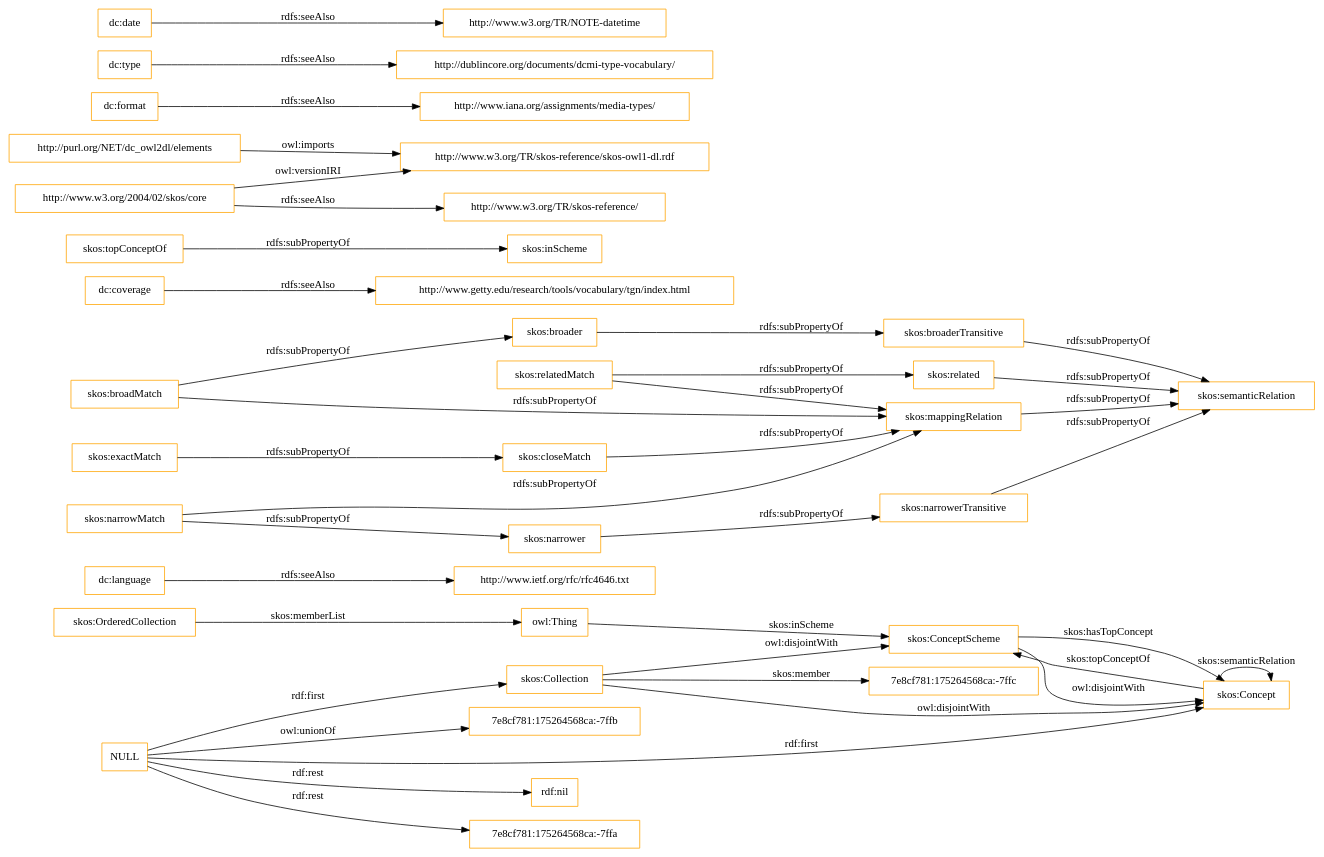
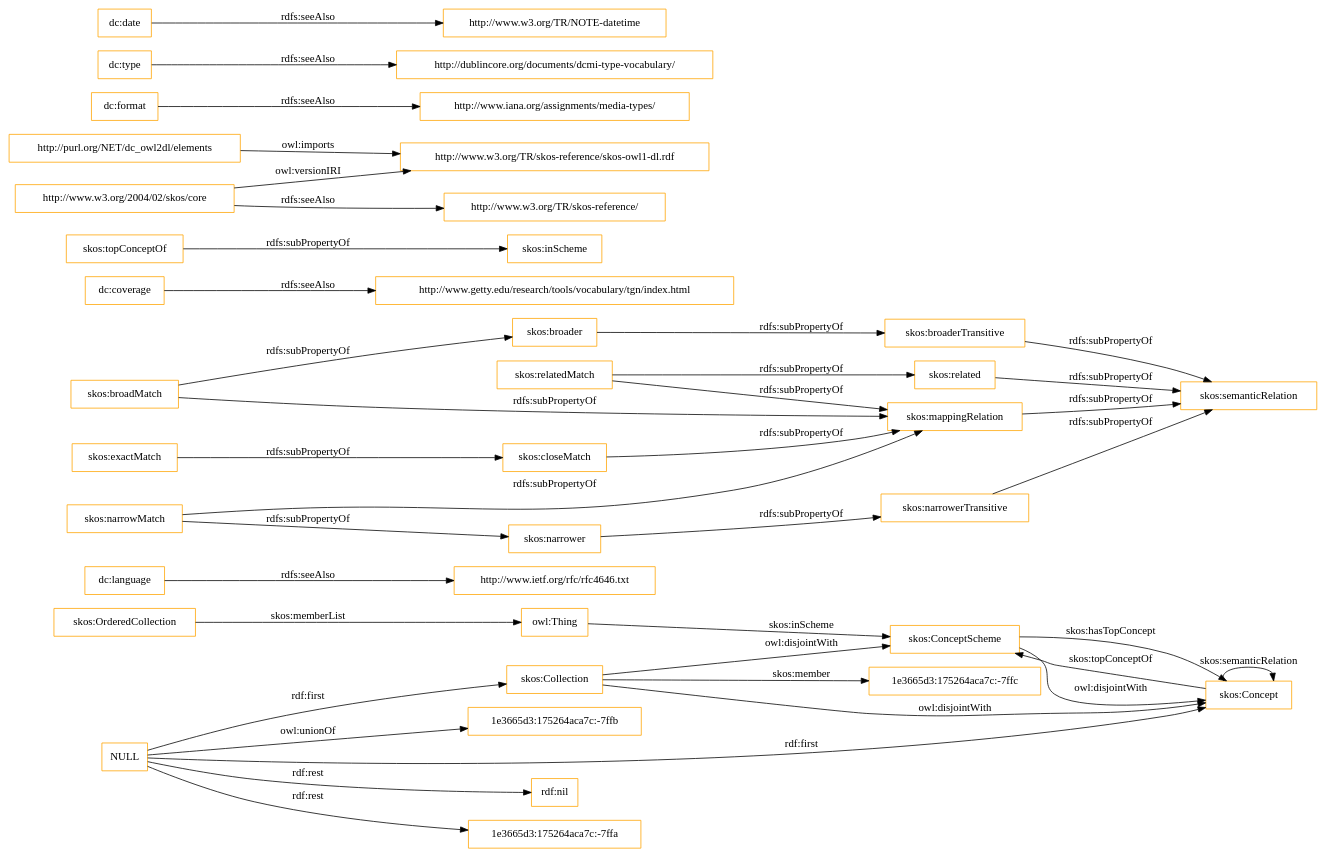
One commit to OnToologyUser/core-ontology-1 changed the diagram in OnToology/imports/elements.owl/diagrams/ar2dtool-class/elements.owl.png.dot. Above: the diagram before and after it, drawn with Graphviz. The commit also changed 14 other files, not shown here.

```diff
--- a/OnToology/imports/elements.owl/diagrams/ar2dtool-class/elements.owl.png.dot
+++ b/OnToology/imports/elements.owl/diagrams/ar2dtool-class/elements.owl.png.dot
@@ -1,43 +1,43 @@
 digraph ar2dtool_diagram { 
 rankdir=LR;
 size="1501"
-node [shape = rectangle, color="orange"]; "7e8cf781:175264568ca:-7ffc" "skos:OrderedCollection" "skos:Collection" "skos:ConceptScheme" "skos:Concept" ; /*classes style*/
+node [shape = rectangle, color="orange"]; "1e3665d3:175264aca7c:-7ffc" "skos:OrderedCollection" "skos:Collection" "skos:ConceptScheme" "skos:Concept" ; /*classes style*/
 	"dc:language" -> "http://www.ietf.org/rfc/rfc4646.txt" [ label = "rdfs:seeAlso" ];
 	"NULL" -> "rdf:nil" [ label = "rdf:rest" ];
 	"NULL" -> "skos:Collection" [ label = "rdf:first" ];
-	"NULL" -> "7e8cf781:175264568ca:-7ffa" [ label = "rdf:rest" ];
+	"NULL" -> "1e3665d3:175264aca7c:-7ffa" [ label = "rdf:rest" ];
 	"NULL" -> "skos:Concept" [ label = "rdf:first" ];
-	"NULL" -> "7e8cf781:175264568ca:-7ffb" [ label = "owl:unionOf" ];
+	"NULL" -> "1e3665d3:175264aca7c:-7ffb" [ label = "owl:unionOf" ];
 	"skos:closeMatch" -> "skos:mappingRelation" [ label = "rdfs:subPropertyOf" ];
 	"dc:coverage" -> "http://www.getty.edu/research/tools/vocabulary/tgn/index.html" [ label = "rdfs:seeAlso" ];
 	"skos:relatedMatch" -> "skos:related" [ label = "rdfs:subPropertyOf" ];
 	"skos:relatedMatch" -> "skos:mappingRelation" [ label = "rdfs:subPropertyOf" ];
 	"skos:ConceptScheme" -> "skos:Concept" [ label = "owl:disjointWith" ];
 	"skos:related" -> "skos:semanticRelation" [ label = "rdfs:subPropertyOf" ];
 	"skos:topConceptOf" -> "skos:inScheme" [ label = "rdfs:subPropertyOf" ];
 	"skos:broadMatch" -> "skos:broader" [ label = "rdfs:subPropertyOf" ];
 	"skos:broadMatch" -> "skos:mappingRelation" [ label = "rdfs:subPropertyOf" ];
 	"http://purl.org/NET/dc_owl2dl/elements" -> "http://www.w3.org/TR/skos-reference/skos-owl1-dl.rdf" [ label = "owl:imports" ];
 	"skos:exactMatch" -> "skos:closeMatch" [ label = "rdfs:subPropertyOf" ];
 	"dc:format" -> "http://www.iana.org/assignments/media-types/" [ label = "rdfs:seeAlso" ];
 	"skos:broaderTransitive" -> "skos:semanticRelation" [ label = "rdfs:subPropertyOf" ];
 	"dc:type" -> "http://dublincore.org/documents/dcmi-type-vocabulary/" [ label = "rdfs:seeAlso" ];
 	"skos:broader" -> "skos:broaderTransitive" [ label = "rdfs:subPropertyOf" ];
 	"skos:mappingRelation" -> "skos:semanticRelation" [ label = "rdfs:subPropertyOf" ];
 	"http://www.w3.org/2004/02/skos/core" -> "http://www.w3.org/TR/skos-reference/skos-owl1-dl.rdf" [ label = "owl:versionIRI" ];
 	"http://www.w3.org/2004/02/skos/core" -> "http://www.w3.org/TR/skos-reference/" [ label = "rdfs:seeAlso" ];
 	"skos:Collection" -> "skos:ConceptScheme" [ label = "owl:disjointWith" ];
 	"skos:Collection" -> "skos:Concept" [ label = "owl:disjointWith" ];
 	"skos:narrowMatch" -> "skos:narrower" [ label = "rdfs:subPropertyOf" ];
 	"skos:narrowMatch" -> "skos:mappingRelation" [ label = "rdfs:subPropertyOf" ];
 	"skos:narrower" -> "skos:narrowerTransitive" [ label = "rdfs:subPropertyOf" ];
 	"dc:date" -> "http://www.w3.org/TR/NOTE-datetime" [ label = "rdfs:seeAlso" ];
 	"skos:narrowerTransitive" -> "skos:semanticRelation" [ label = "rdfs:subPropertyOf" ];
 	"skos:OrderedCollection" -> "owl:Thing" [ label = "skos:memberList" ];
 	"skos:Concept" -> "skos:ConceptScheme" [ label = "skos:topConceptOf" ];
 	"skos:Concept" -> "skos:Concept" [ label = "skos:semanticRelation" ];
-	"skos:Collection" -> "7e8cf781:175264568ca:-7ffc" [ label = "skos:member" ];
+	"skos:Collection" -> "1e3665d3:175264aca7c:-7ffc" [ label = "skos:member" ];
 	"skos:ConceptScheme" -> "skos:Concept" [ label = "skos:hasTopConcept" ];
 	"owl:Thing" -> "skos:ConceptScheme" [ label = "skos:inScheme" ];
 
 }
```
